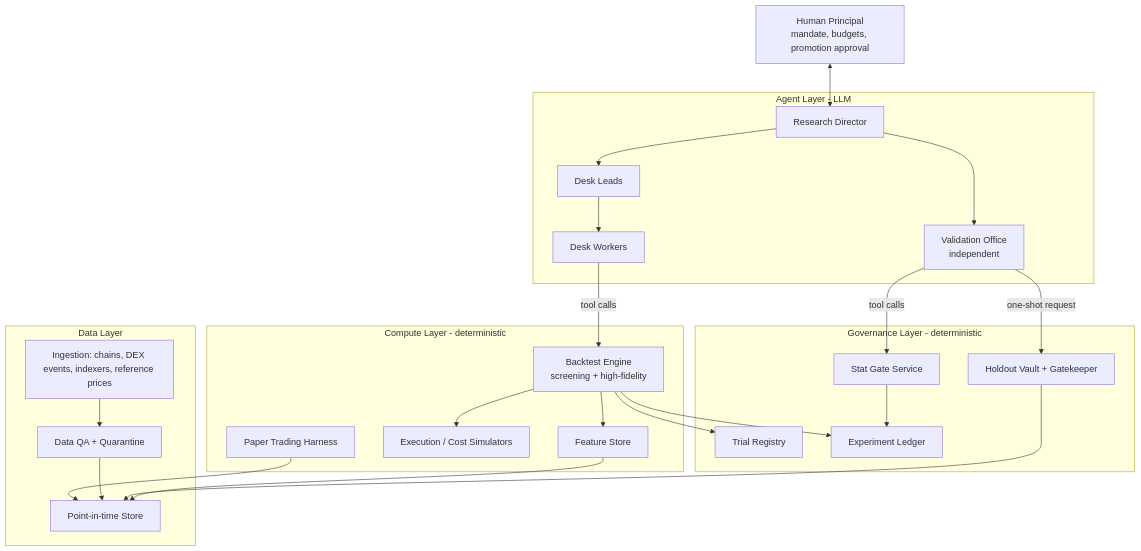
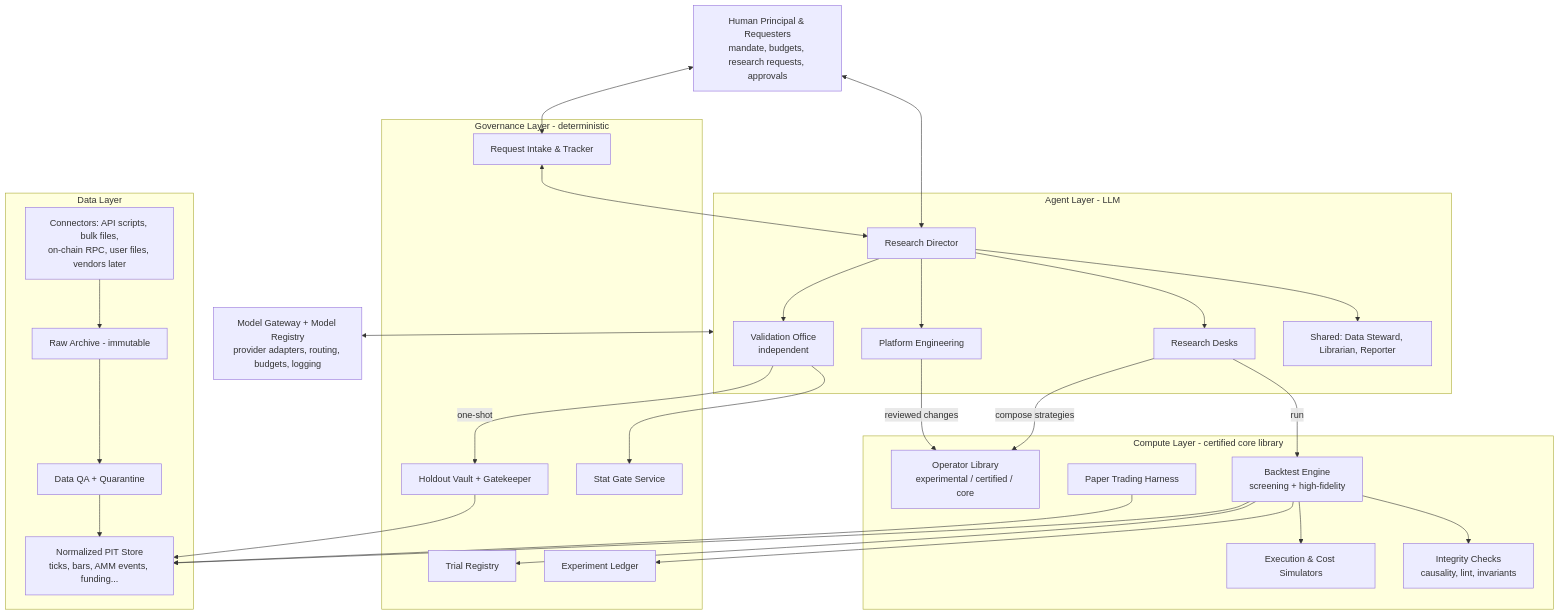
One commit to brandongla/qam changed the first of 6 diagrams in docs/DESIGN.md. Above: the diagram before and after it, drawn with Mermaid. The commit also changed other lines of this file and 1 other file, not shown here.

First line of the commit message:
Design doc v0.2.0: model selection, engine integrity, data ingestion, human requests

````diff
--- a/docs/DESIGN.md
+++ b/docs/DESIGN.md
@@ -98,46 +109,54 @@
 ```mermaid
 flowchart TB
-    H[Human Principal<br/>mandate, budgets, promotion approval]
+    H[Human Principal & Requesters<br/>mandate, budgets, research requests, approvals]
 
     subgraph AL[Agent Layer - LLM]
         RD[Research Director]
-        DL[Desk Leads]
-        W[Desk Workers]
+        DL[Research Desks]
         VO[Validation Office<br/>independent]
+        PE[Platform Engineering]
+        SS[Shared: Data Steward, Librarian, Reporter]
     end
 
+    MG[Model Gateway + Model Registry<br/>provider adapters, routing, budgets, logging]
+
     subgraph GL[Governance Layer - deterministic]
+        RQ[Request Intake & Tracker]
         TR[Trial Registry]
         EL[Experiment Ledger]
         HV[Holdout Vault + Gatekeeper]
         SG[Stat Gate Service]
     end
 
-    subgraph CL[Compute Layer - deterministic]
+    subgraph CL[Compute Layer - certified core library]
+        OPS[Operator Library<br/>experimental / certified / core]
         BE[Backtest Engine<br/>screening + high-fidelity]
-        FS[Feature Store]
-        SIM[Execution / Cost Simulators]
+        SIM[Execution & Cost Simulators]
+        INT[Integrity Checks<br/>causality, lint, invariants]
         PT[Paper Trading Harness]
     end
 
     subgraph DLY[Data Layer]
-        ING[Ingestion: chains, DEX events, indexers, reference prices]
-        PIT[Point-in-time Store]
+        CON[Connectors: API scripts, bulk files,<br/>on-chain RPC, user files, vendors later]
+        RAW[Raw Archive - immutable]
+        NORM[Normalized PIT Store<br/>ticks, bars, AMM events, funding...]
         QA[Data QA + Quarantine]
     end
 
+    H <--> RQ <--> RD
     H <--> RD
-    RD --> DL --> W
-    RD --> VO
-    W -->|tool calls| BE
-    VO -->|tool calls| SG
-    VO -->|one-shot request| HV
-    BE --> TR
-    BE --> EL
-    SG --> EL
-    BE --> FS --> PIT
+    AL <--> MG
+    RD --> DL & VO & PE & SS
+    DL -->|compose strategies| OPS
+    DL -->|run| BE
+    VO --> SG
+    VO -->|one-shot| HV
+    PE -->|reviewed changes| OPS
+    BE --> INT
+    BE --> TR & EL
     BE --> SIM
-    HV --> PIT
-    ING --> QA --> PIT
-    PT --> PIT
+    BE --> NORM
+    HV --> NORM
+    CON --> RAW --> QA --> NORM
+    PT --> NORM
 ```
````
